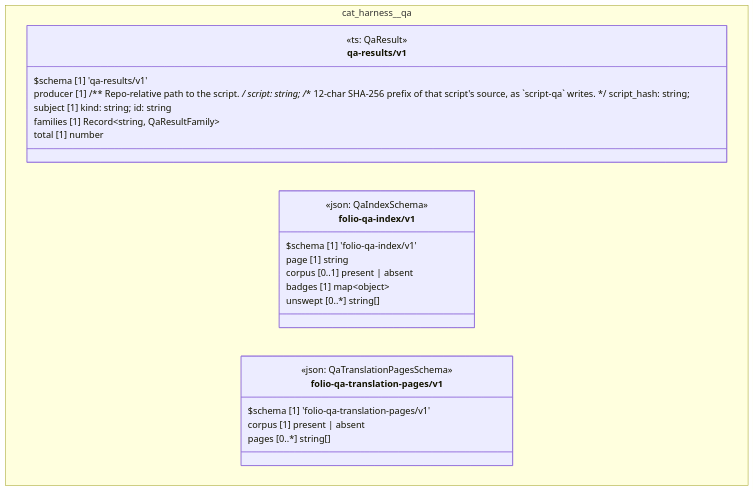
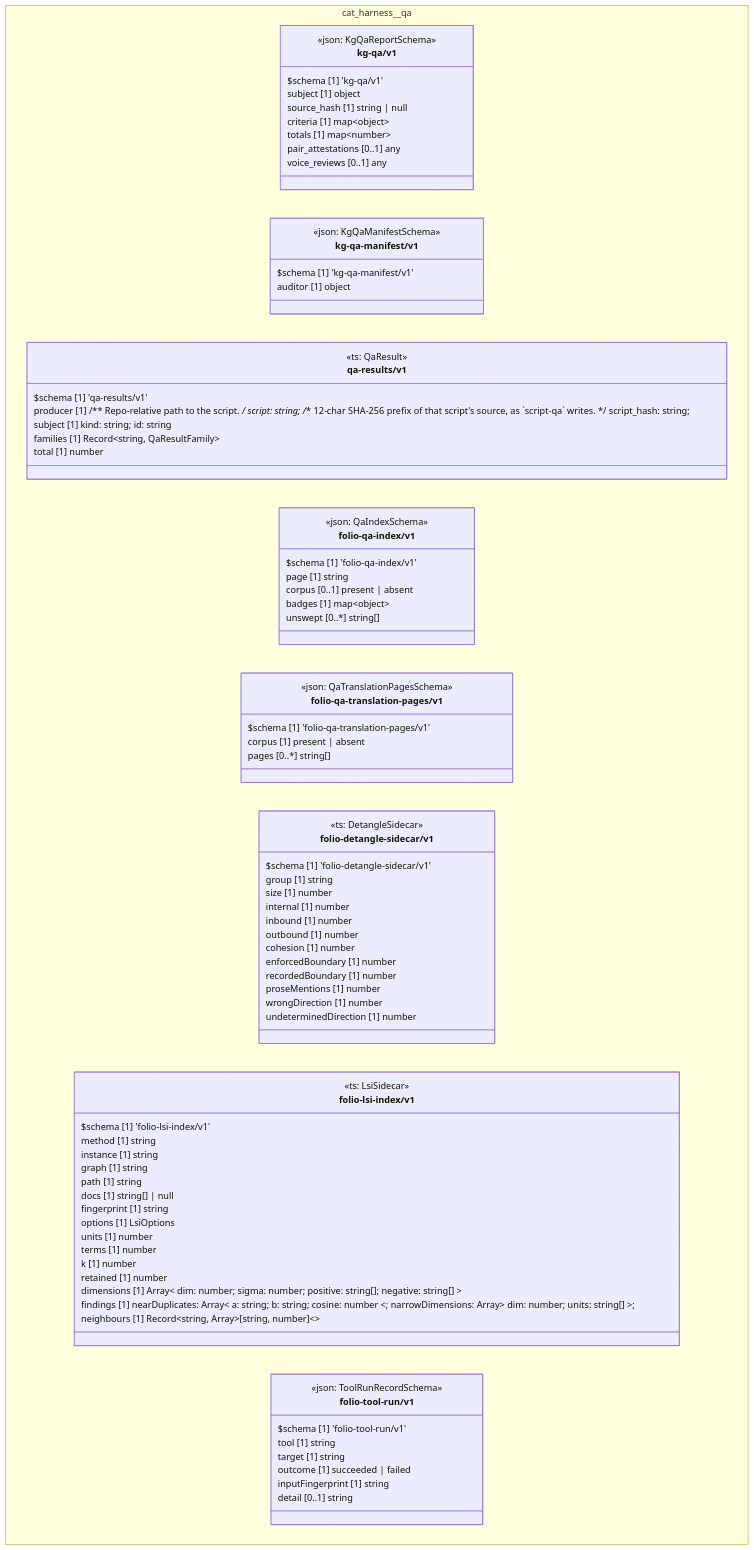
Before and after one commit to litlfred/folio-assistant: the diagram in cat-harness/docs/uml/overview/cat-harness/qa.md, drawn with Mermaid. The commit also changed other lines of this file and 35 other files, not shown here.

First line of the commit message:
Document-folio renderer: rendered impact loaded from changeset.json + outline.json (bean bnjs, #971)

````diff
--- a/cat-harness/docs/uml/overview/cat-harness/qa.md
+++ b/cat-harness/docs/uml/overview/cat-harness/qa.md
@@ -43,6 +43,21 @@
 classDiagram
   direction TB
   namespace cat_harness__qa {
+    class cat_harness_qa_kg_qa_v1_kg_qa_v1["kg-qa/v1"] {
+      <<json: KgQaReportSchema>>
+      $schema [1] 'kg-qa/v1'
+      subject [1] object
+      source_hash [1] string | null
+      criteria [1] map~object~
+      totals [1] map~number~
+      pair_attestations [0..1] any
+      voice_reviews [0..1] any
+    }
+    class cat_harness_qa_kg_qa_manifest_v1_kg_qa_manifest_v1["kg-qa-manifest/v1"] {
+      <<json: KgQaManifestSchema>>
+      $schema [1] 'kg-qa-manifest/v1'
+      auditor [1] object
+    }
     class cat_harness_qa_qa_results_v1["qa-results/v1"] {
       <<ts: QaResult>>
       $schema [1] 'qa-results/v1'
@@ -65,8 +80,55 @@
       corpus [1] present | absent
       pages [0..*] string[]
     }
+    class cat_harness_qa_folio_detangle_sidecar_v1["folio-detangle-sidecar/v1"] {
+      <<ts: DetangleSidecar>>
+      $schema [1] 'folio-detangle-sidecar/v1'
+      group [1] string
+      size [1] number
+      internal [1] number
+      inbound [1] number
+      outbound [1] number
+      cohesion [1] number
+      enforcedBoundary [1] number
+      recordedBoundary [1] number
+      proseMentions [1] number
+      wrongDirection [1] number
+      undeterminedDirection [1] number
+    }
+    class cat_harness_qa_folio_lsi_index_v1["folio-lsi-index/v1"] {
+      <<ts: LsiSidecar>>
+      $schema [1] 'folio-lsi-index/v1'
+      method [1] string
+      instance [1] string
+      graph [1] string
+      path [1] string
+      docs [1] string[] | null
+      fingerprint [1] string
+      options [1] LsiOptions
+      units [1] number
+      terms [1] number
+      k [1] number
+      retained [1] number
+      dimensions [1] Array~ dim: number; sigma: number; positive: string[]; negative: string[] ~
+      findings [1]  nearDuplicates: Array~ a: string; b: string; cosine: number ~; narrowDimensions: Array~ dim: number; units: string[] ~; 
+      neighbours [1] Record~string, Array~[string, number]~~
+    }
+    class cat_harness_qa_folio_tool_run_v1_folio_tool_run_v1["folio-tool-run/v1"] {
+      <<json: ToolRunRecordSchema>>
+      $schema [1] 'folio-tool-run/v1'
+      tool [1] string
+      target [1] string
+      outcome [1] succeeded | failed
+      inputFingerprint [1] string
+      detail [0..1] string
+    }
   }
+  cssClass "cat_harness_qa_kg_qa_v1_kg_qa_v1" fa_uml_kind_qa
+  cssClass "cat_harness_qa_kg_qa_manifest_v1_kg_qa_manifest_v1" fa_uml_kind_qa
   cssClass "cat_harness_qa_qa_results_v1" fa_uml_kind_qa
   cssClass "cat_harness_qa_folio_qa_index_v1_folio_qa_index_v1" fa_uml_kind_qa
   cssClass "cat_harness_qa_folio_qa_translation_pages_v1_folio_qa_translation_pages_v1" fa_uml_kind_qa
+  cssClass "cat_harness_qa_folio_detangle_sidecar_v1" fa_uml_kind_qa
+  cssClass "cat_harness_qa_folio_lsi_index_v1" fa_uml_kind_qa
+  cssClass "cat_harness_qa_folio_tool_run_v1_folio_tool_run_v1" fa_uml_kind_qa
 ```
````
